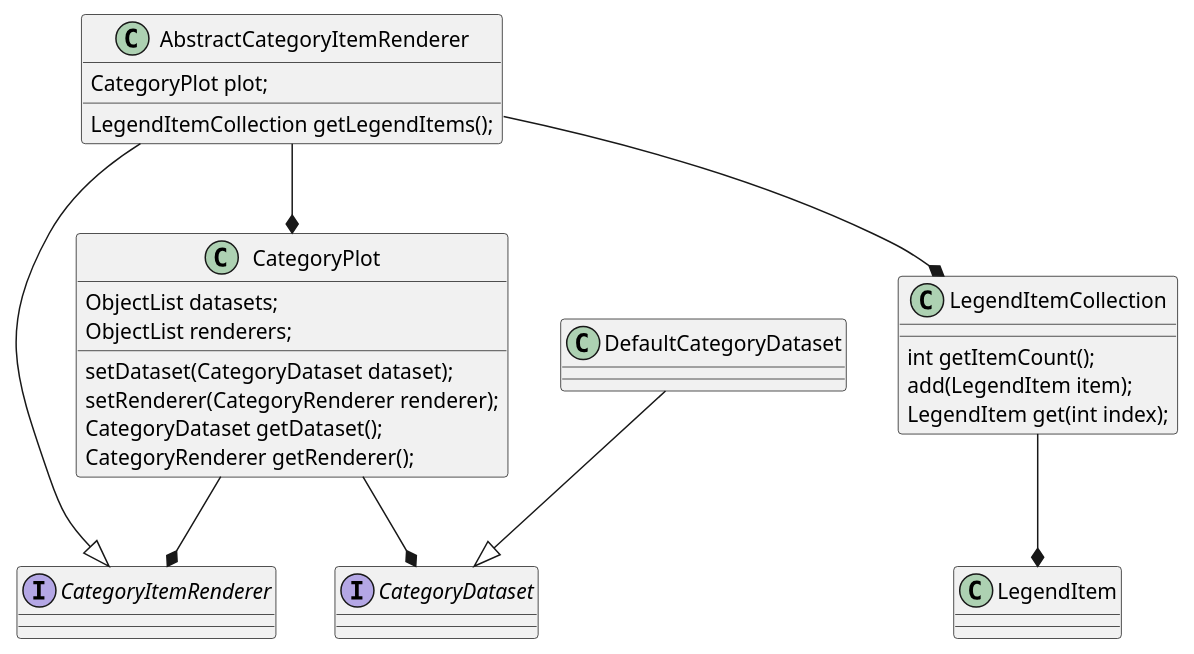
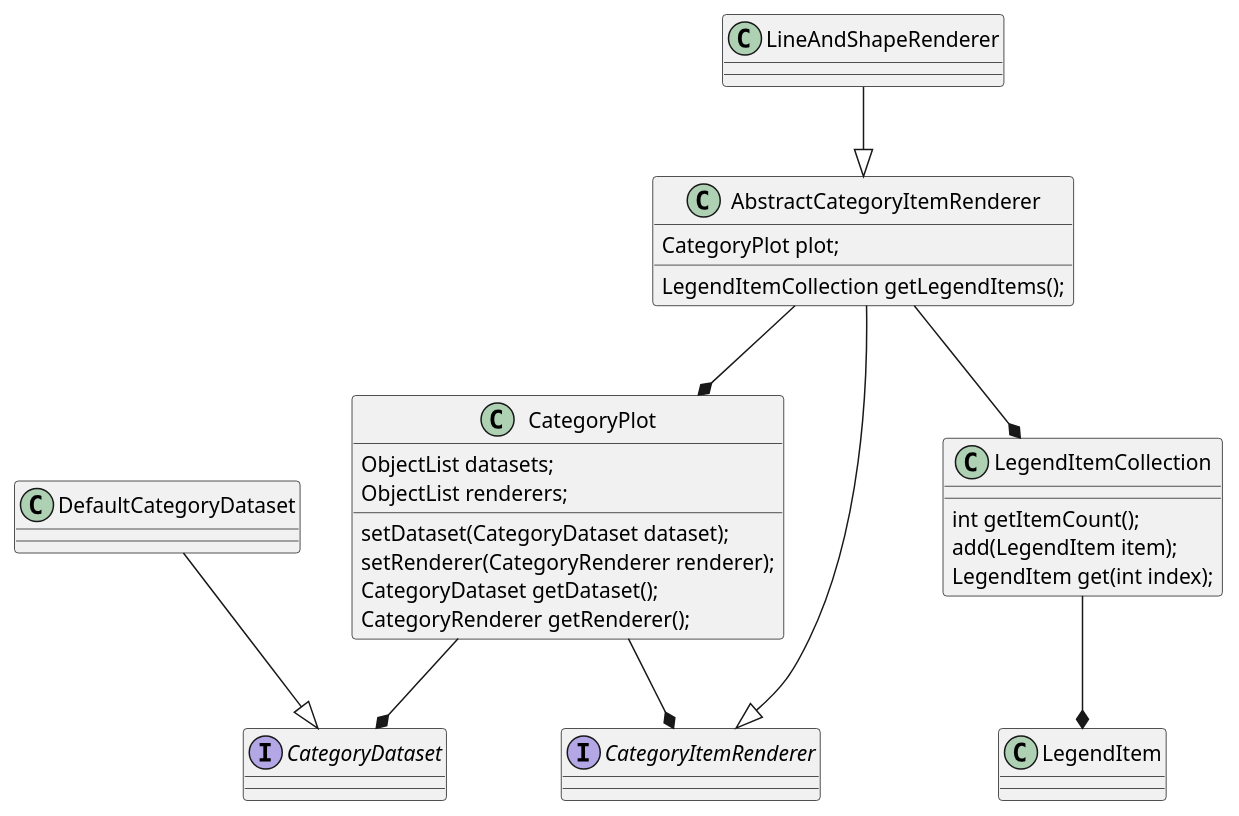
Before and after one commit to boyang9602/APR_resources: the diagram in Chart/1/umls/test2947660.puml, drawn with PlantUML. The commit also changed 1 other file, not shown here.

Commit message:
update uml

```diff
--- a/Chart/1/umls/test2947660.puml
+++ b/Chart/1/umls/test2947660.puml
@@ -1,31 +1,32 @@
 @startuml
 interface CategoryItemRenderer
 interface CategoryDataset
 abstract AbstractCategoryItemRenderer
 class CategoryPlot {
     ObjectList datasets;
     ObjectList renderers;
 }
 class AbstractCategoryItemRenderer {
 	CategoryPlot plot;
 	LegendItemCollection getLegendItems();
 }
 class CategoryPlot {
 	setDataset(CategoryDataset dataset);
 	setRenderer(CategoryRenderer renderer);
 	CategoryDataset getDataset();
 	CategoryRenderer getRenderer();
 }
 class LegendItemCollection {
 	int getItemCount();
 	add(LegendItem item);
 	LegendItem get(int index);
 }
+LineAndShapeRenderer --|> AbstractCategoryItemRenderer
 AbstractCategoryItemRenderer --|> CategoryItemRenderer
 DefaultCategoryDataset --|> CategoryDataset
 AbstractCategoryItemRenderer --* CategoryPlot
 CategoryPlot --* CategoryDataset
 CategoryPlot --* CategoryItemRenderer
 AbstractCategoryItemRenderer --* LegendItemCollection
 LegendItemCollection --* LegendItem
 @enduml
```
